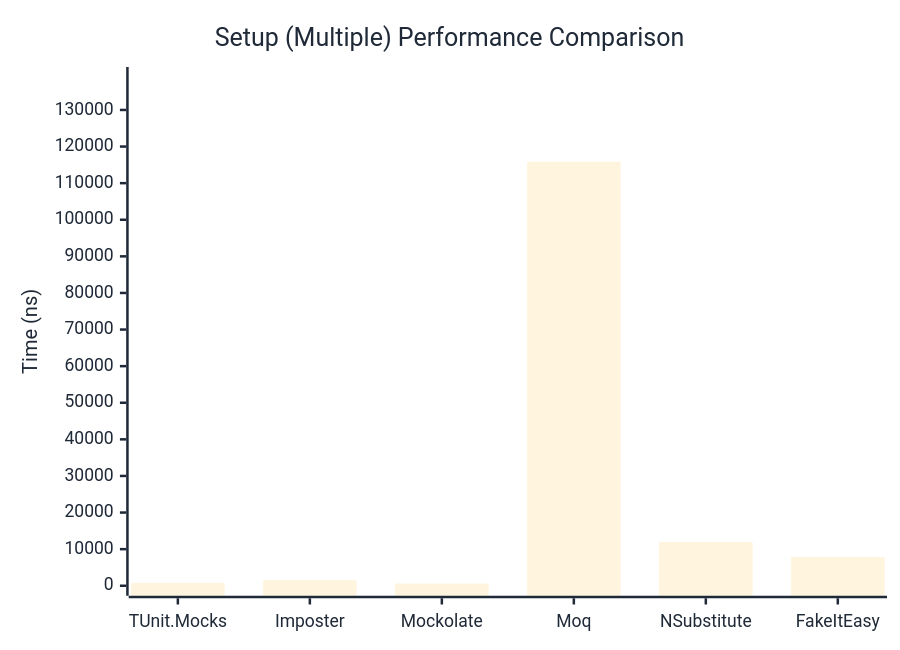
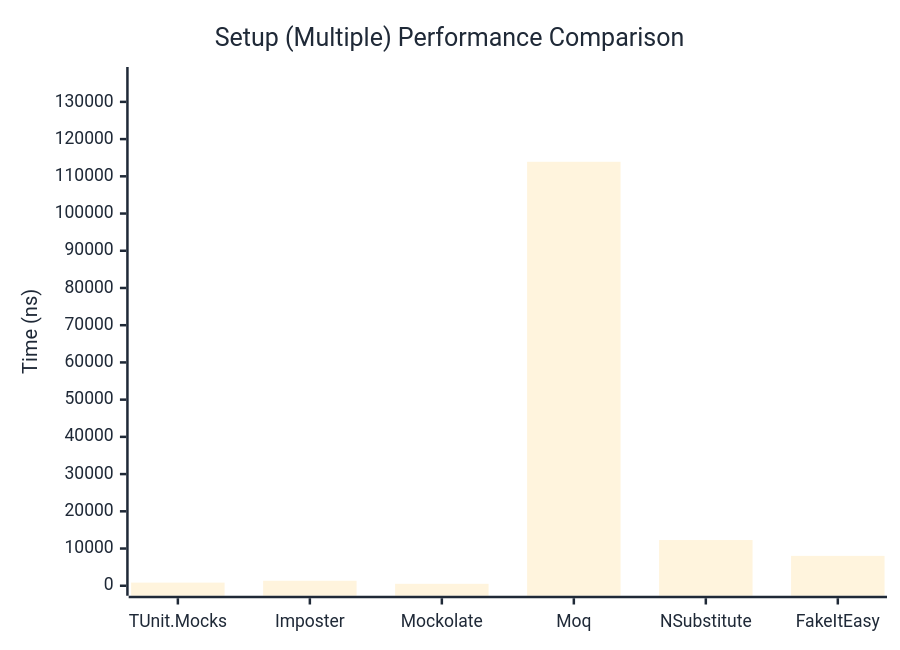
One commit to thomhurst/TUnit changed the second of 2 diagrams in docs/docs/benchmarks/mocks/Setup.md. Above: the diagram before and after it, drawn with Mermaid. The commit also changed other lines of this file and 14 other files, not shown here.

````diff
--- a/docs/docs/benchmarks/mocks/Setup.md
+++ b/docs/docs/benchmarks/mocks/Setup.md
@@ -71,27 +71,27 @@
 ```mermaid
 %%{init: {
   'theme':'base',
   'themeVariables': {
     'primaryColor': '#2563eb',
     'primaryTextColor': '#1f2937',
     'primaryBorderColor': '#1e40af',
     'lineColor': '#6b7280',
     'secondaryColor': '#7c3aed',
     'tertiaryColor': '#dc2626',
     'background': '#ffffff',
     'pie1': '#2563eb',
     'pie2': '#7c3aed',
     'pie3': '#dc2626',
     'pie4': '#f59e0b',
     'pie5': '#10b981',
     'pie6': '#06b6d4',
     'pie7': '#ec4899',
     'pie8': '#6366f1'
   }
 }}%%
 xychart-beta
   title "Setup (Multiple) Performance Comparison"
   x-axis ["TUnit.Mocks", "Imposter", "Mockolate", "Moq", "NSubstitute", "FakeItEasy"]
-  y-axis "Time (ns)" 0 --> 139004
-  bar [803.4, 1518.2, 600.7, 115836.4, 11936.5, 7846.3]
+  y-axis "Time (ns)" 0 --> 136683
+  bar [845, 1339.7, 522.6, 113901.8, 12278.3, 8027.7]
 ```
````
